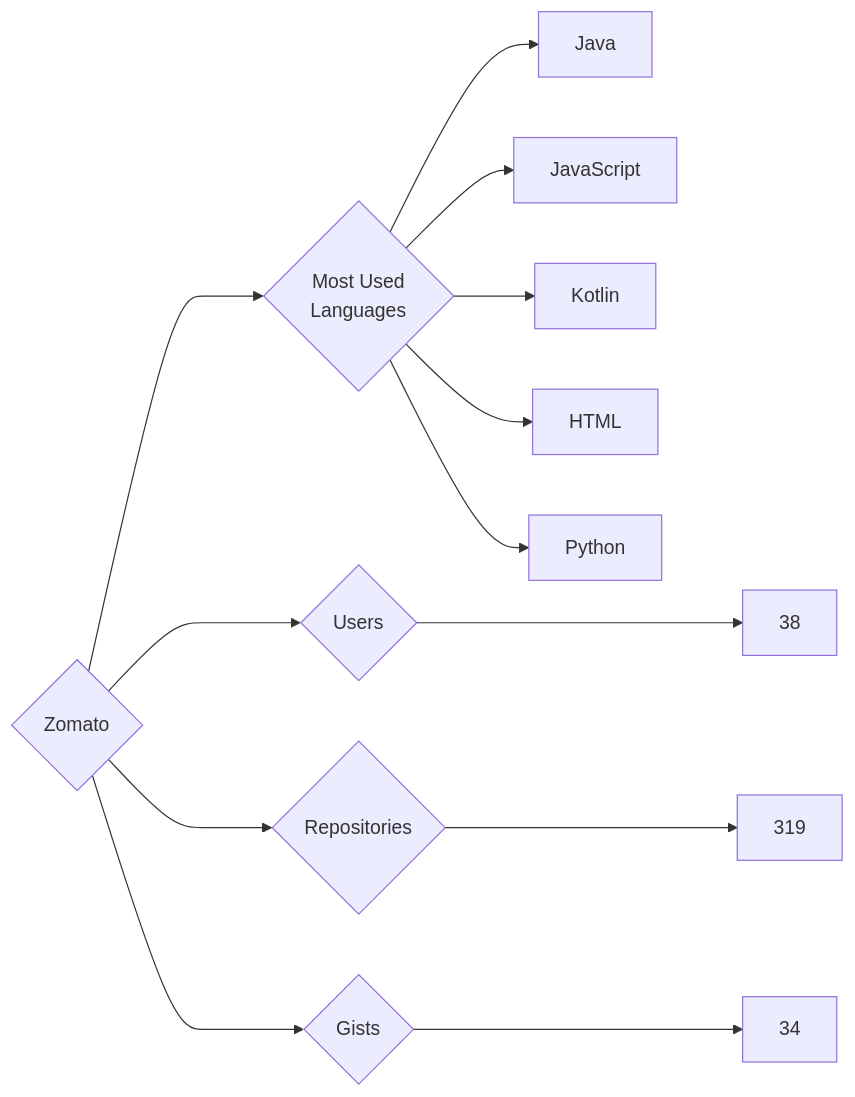
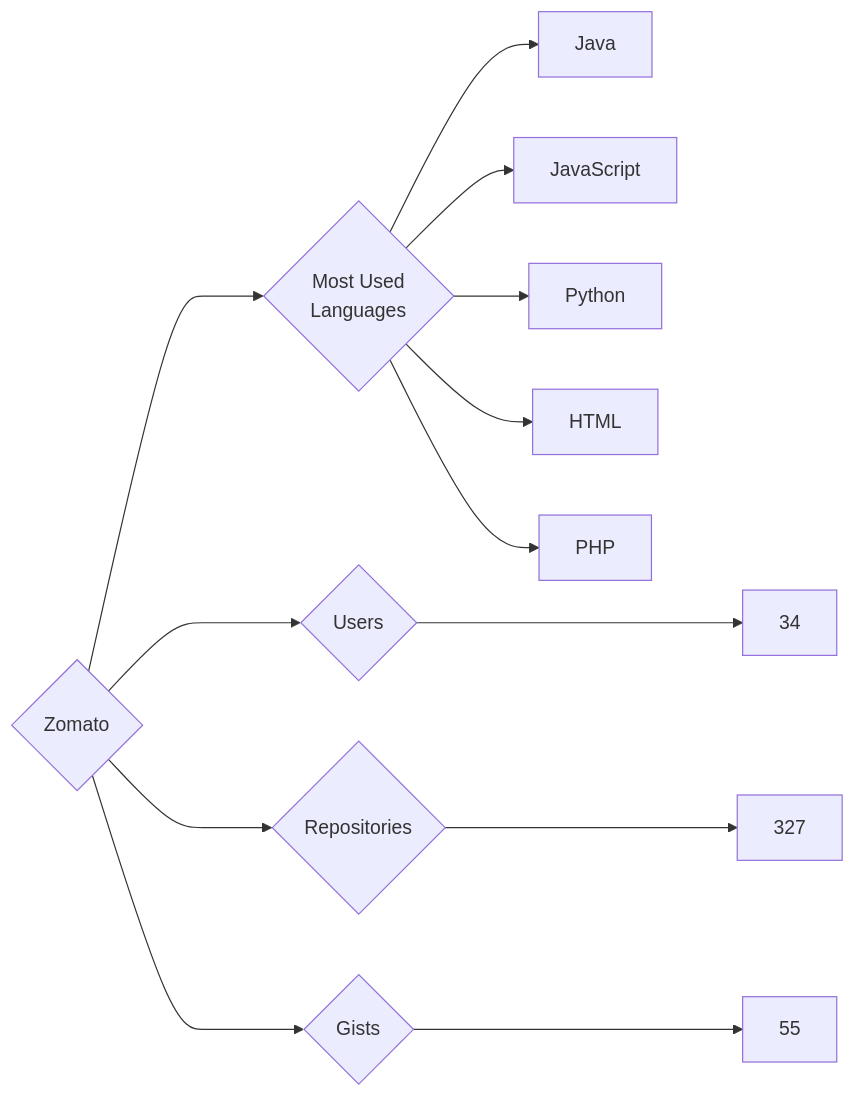
One commit to trickest/insiders changed the diagram in targets/Zomato/README.md. Above: the diagram before and after it, drawn with Mermaid. The commit also changed 765 other files, not shown here.

````diff
--- a/targets/Zomato/README.md
+++ b/targets/Zomato/README.md
@@ -3,13 +3,13 @@
 ```mermaid
 graph LR
 COMPANY_NAME{Zomato}
-COMPANY_NAME ---> U{Users} ---> UN[38]
-COMPANY_NAME ---> R{Repositories} ---> RN[319]
-COMPANY_NAME ---> G{Gists} ---> GN[34]
+COMPANY_NAME ---> U{Users} ---> UN[34]
+COMPANY_NAME ---> R{Repositories} ---> RN[327]
+COMPANY_NAME ---> G{Gists} ---> GN[55]
 COMPANY_NAME ---> ML{Most Used<br>Languages}
 ML --> Java[Java]
 ML --> JavaScript[JavaScript]
-ML --> Kotlin[Kotlin]
+ML --> Python[Python]
 ML --> HTML[HTML]
-ML --> Python[Python]
+ML --> PHP[PHP]
 ```
````
